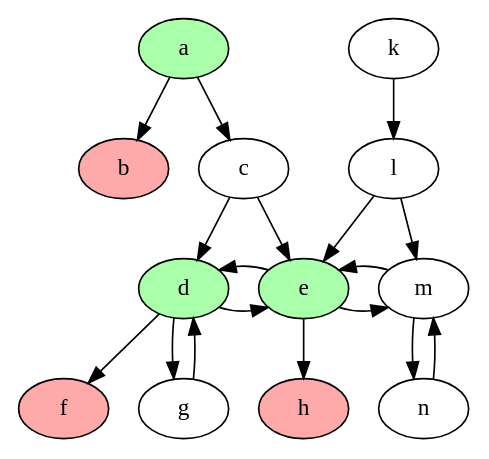
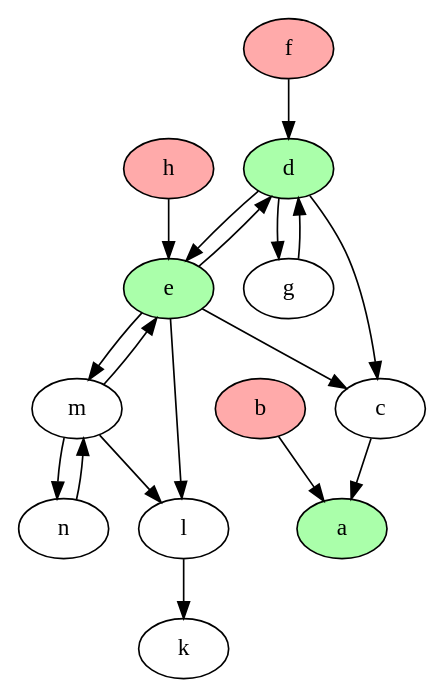
One commit to idaks/Games-and-Argumentation changed the diagram in output/state_1.1_graph.dot. Above: the diagram before and after it, drawn with Graphviz. The commit also changed 12 other files, not shown here.

```diff
--- a/output/state_1.1_graph.dot
+++ b/output/state_1.1_graph.dot
@@ -1,32 +1,31 @@
 strict digraph "" {
+	b	[fillcolor="#FFAAAA",
+		style=filled];
 	a	[fillcolor="#AAFFAA",
 		style=filled];
-	b	[fillcolor="#FFAAAA",
-		style=filled];
-	a -> b;
-	a -> c;
+	b -> a;
+	c -> a;
+	l -> k;
 	d	[fillcolor="#AAFFAA",
 		style=filled];
-	c -> d;
+	d -> c;
 	e	[fillcolor="#AAFFAA",
 		style=filled];
-	c -> e;
-	k -> l;
-	l -> e;
-	l -> m;
 	d -> e;
+	d -> g;
+	e -> c;
+	e -> l;
+	e -> d;
+	e -> m;
+	m -> l;
+	m -> e;
+	m -> n;
 	f	[fillcolor="#FFAAAA",
 		style=filled];
-	d -> f;
-	d -> g;
-	e -> d;
-	e -> m;
+	f -> d;
+	g -> d;
 	h	[fillcolor="#FFAAAA",
 		style=filled];
-	e -> h;
-	m -> e;
-	m -> n;
-	g -> d;
+	h -> e;
 	n -> m;
-{rank=same; "d" "e" "m"}
 }
```
